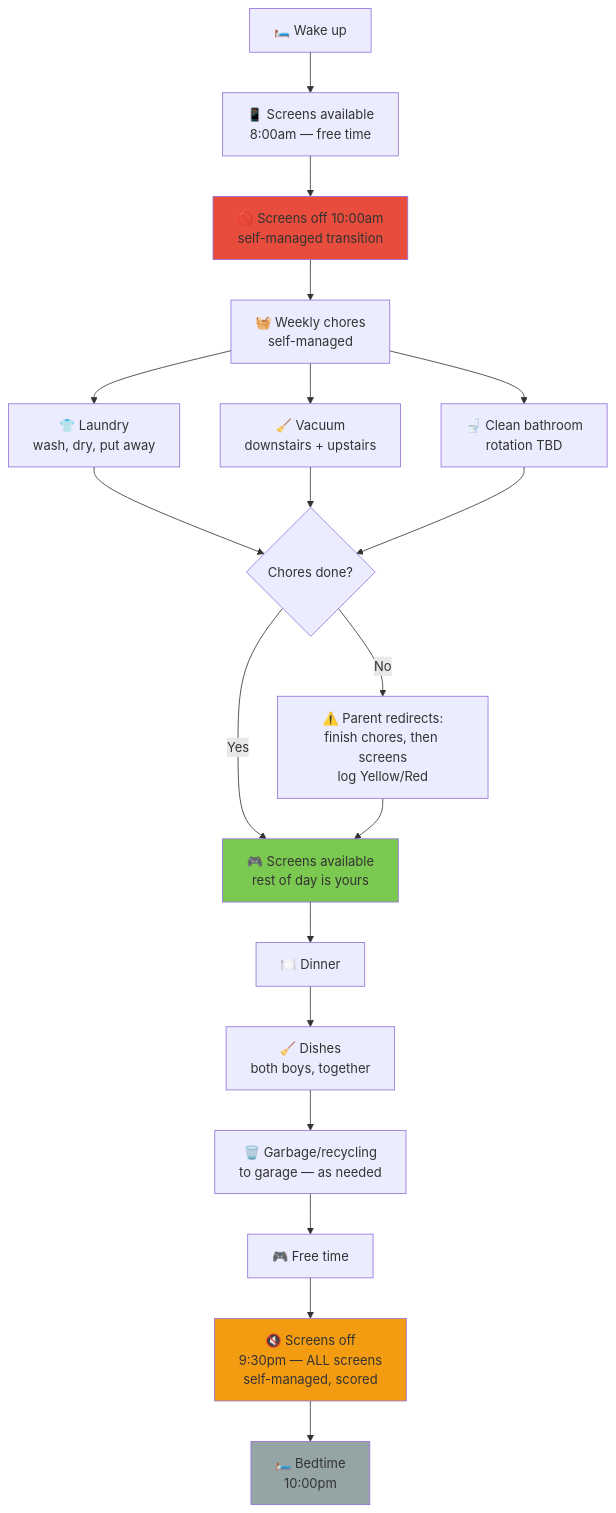
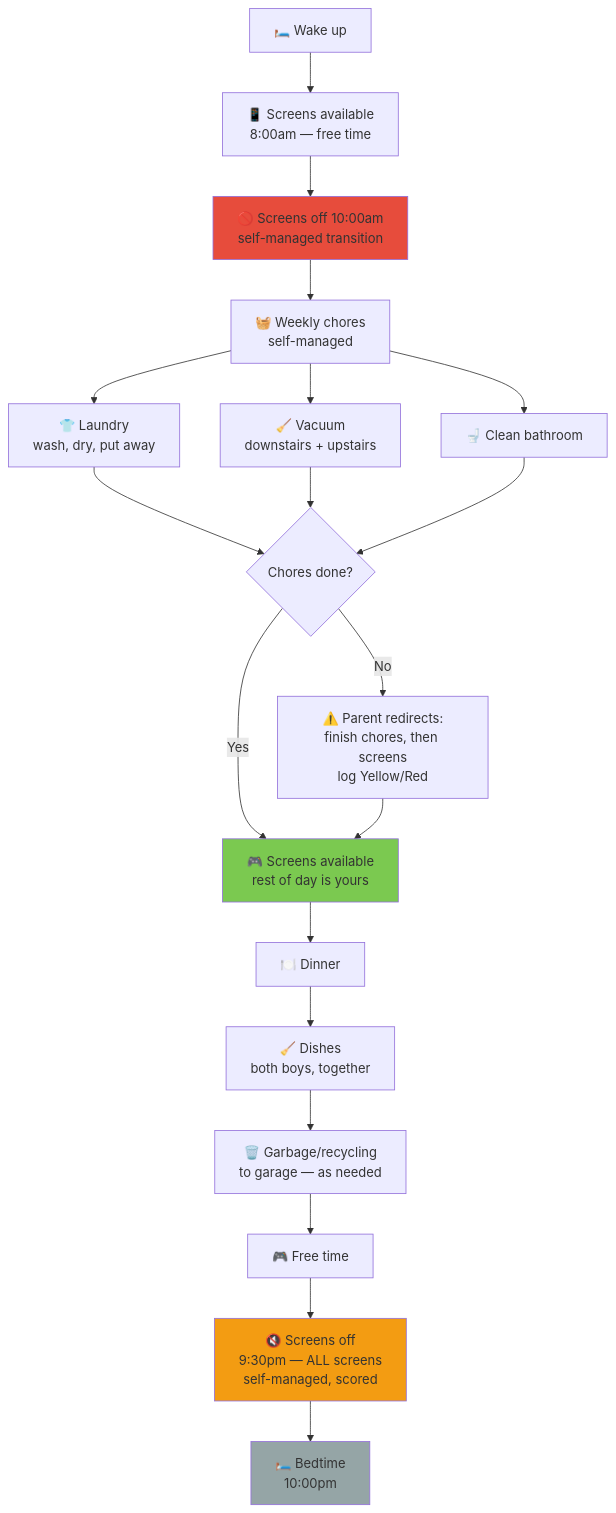
Before and after one commit to ajass/technology-reset: the second of 2 diagrams in day-types/02-saturday.md, drawn with Mermaid. The commit also changed other lines of this file and 2 other files, not shown here.

````diff
--- a/day-types/02-saturday.md
+++ b/day-types/02-saturday.md
@@ -52,26 +52,26 @@
 ```mermaid
 flowchart TD
     A["🛏️ Wake up"] --> B["📱 Screens available<br/>8:00am — free time"]
     B --> C["🚫 Screens off 10:00am<br/>self-managed transition"]
     C --> D["🧺 Weekly chores<br/>self-managed"]
     D --> D1["👕 Laundry<br/>wash, dry, put away"]
     D --> D2["🧹 Vacuum<br/>downstairs + upstairs"]
-    D --> D3["🚽 Clean bathroom<br/>rotation TBD"]
+    D --> D3["🚽 Clean bathroom"]
     D1 --> E{"Chores done?"}
     D2 --> E
     D3 --> E
     E -->|Yes| F["🎮 Screens available<br/>rest of day is yours"]
     E -->|No| G["⚠️ Parent redirects:<br/>finish chores, then screens<br/>log Yellow/Red"]
     G --> F
     F --> H["🍽️ Dinner"]
     H --> J["🧹 Dishes<br/>both boys, together"]
     J --> K["🗑️ Garbage/recycling<br/>to garage — as needed"]
     K --> L["🎮 Free time"]
     L --> M["🔇 Screens off<br/>9:30pm — ALL screens<br/>self-managed, scored"]
     M --> N["🛏️ Bedtime<br/>10:00pm"]
 
     style C fill:#e74c3c
     style F fill:#7bc950
     style M fill:#f39c12
     style N fill:#95a5a6
 ```
````
